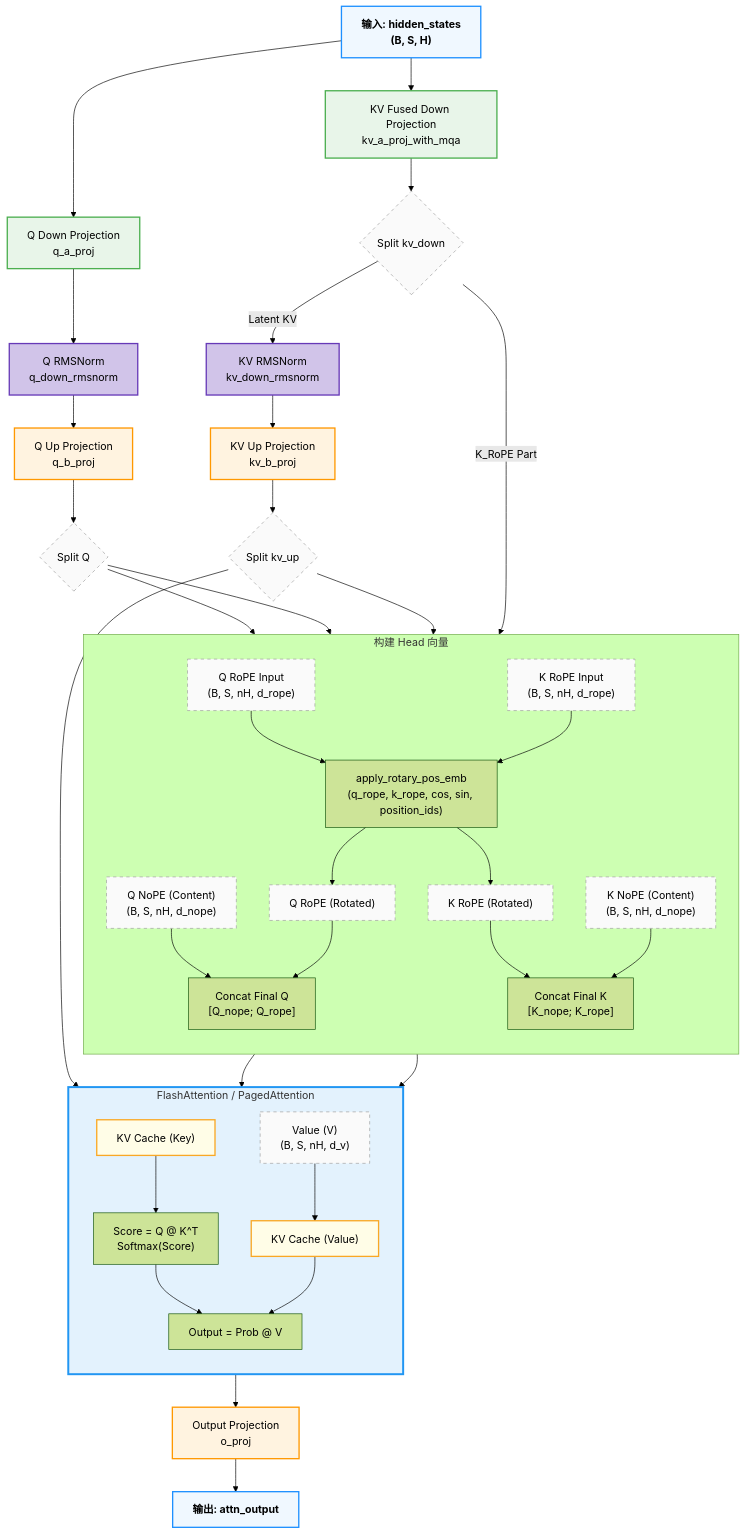
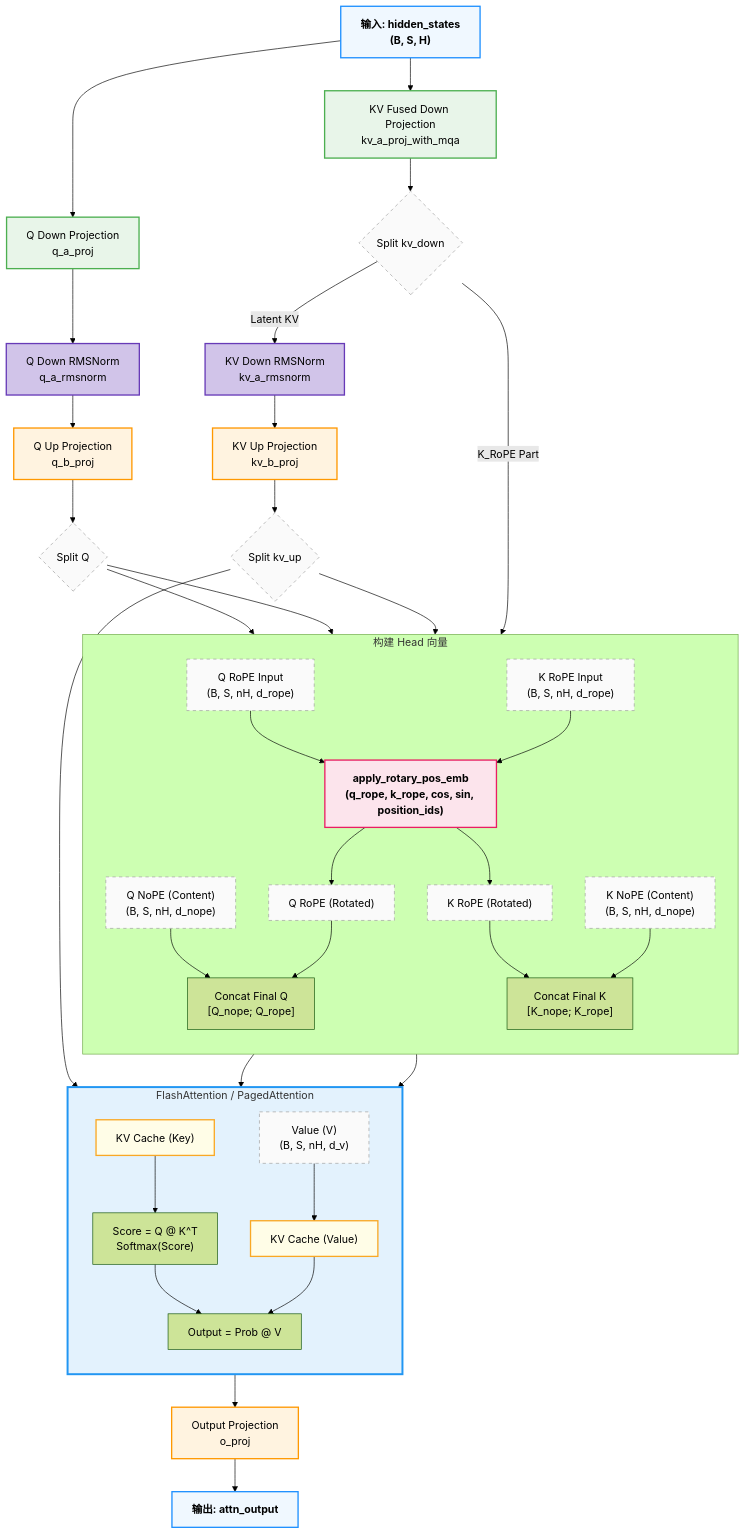
One commit to harleyszhang/harleyszhang.github.io changed the diagram in _posts/2025-02-10-mla-code.md. Above: the diagram before and after it, drawn with Mermaid (forest theme). The commit also changed other lines of this file, not shown here.

Commit message:
fix: optimize transformers mla diagram

````diff
--- a/_posts/2025-02-10-mla-code.md
+++ b/_posts/2025-02-10-mla-code.md
@@ -264,17 +264,16 @@
   classDef rope fill:#fce4ec,stroke:#e91e63,stroke-width:2px,font-weight:bold;
   classDef attnBlock fill:#e3f2fd,stroke:#2196f3,stroke-width:3px;
   classDef cache fill:#fffde7,stroke:#f9a825,stroke-width:2px;
-
   %% =========================
   %% 0. 输入
   %% =========================
   Start["输入: hidden_states<br/>(B, S, H)"]
 
   %% =========================
-  %% 1. Q 分支 (Down -> Norm -> Up)
+  %% 1. Q 分支 (Down -> Norm -> Up -> Split)
   %% =========================
   Start --> QDown["Q Down Projection<br/>q_a_proj"]
-  QDown --> QNorm["Q RMSNorm<br/>q_down_rmsnorm"]
+  QDown --> QNorm["Q Down RMSNorm<br/>q_a_rmsnorm"]
   QNorm --> QUp["Q Up Projection<br/>q_b_proj"]
   
   %% Q Split: Up 之后分离 Pe (NoPE) 和 RoPE
@@ -283,50 +282,50 @@
   SplitQ --> QRotRaw["Q RoPE Input<br/>(B, S, nH, d_rope)"]
 
   %% =========================
-  %% 2. KV 分支 (Fused Down -> Split)
+  %% 2. KV 分支 (Fused Down -> Split -> Norm -> Up -> Split)
   %% =========================
-  %% 关键修正：kv_down_proj 同时产生 Latent KV 和 K_RoPE
+  %% Step 1: Fused Down
   Start --> KVDown["KV Fused Down Projection<br/>kv_a_proj_with_mqa"]
   
-  %% Split 发生在 Norm 之前
+  %% Step 2: Split Down Output (分离 Latent KV 和 K_RoPE)
   KVDown --> SplitKVDown{"Split kv_down"}
   
-  %% 路径 A: Latent KV -> Norm -> Up (生成 K_NoPE 和 V)
-  SplitKVDown -->|Latent KV| KVNorm["KV RMSNorm<br/>kv_down_rmsnorm"]
+  %% 路径 A: Latent KV -> Norm -> Up -> (K_NoPE + V)
+  SplitKVDown -->|Latent KV| KVNorm["KV Down RMSNorm<br/>kv_a_rmsnorm"]
   KVNorm --> KVUp["KV Up Projection<br/>kv_b_proj"]
-
+  
   %% KV Up 输出需要再次 Split 为 K_NoPE 和 V
   KVUp --> SplitKVUp{"Split kv_up"}
   SplitKVUp --> KNope["K NoPE (Content)<br/>(B, S, nH, d_nope)"]
   SplitKVUp --> Val["Value (V)<br/>(B, S, nH, d_v)"]
 
-  %% 路径 B: K_RoPE (直接旁路，不经过 Latent Norm/Up)
+  %% 路径 B: K_RoPE (直接旁路)
   SplitKVDown -->|K_RoPE Part| KRotRaw["K RoPE Input<br/>(B, S, nH, d_rope)"]
 
   %% =========================
-  %% 4. 最终合并 (Concat)
+  %% 3. RoPE 计算与 Head 拼接
   %% =========================
   subgraph Concat_Logic ["构建 Head 向量"]
     direction TB
-    %% =========================
-    %% 3. RoPE 计算
-    %% =========================
+    
+    %% RoPE 计算
     QRotRaw --> ApplyRoPE["apply_rotary_pos_emb\n(q_rope, k_rope, cos, sin, position_ids)"]
     KRotRaw --> ApplyRoPE
-
     ApplyRoPE --> QRot["Q RoPE (Rotated)"]
     ApplyRoPE --> KRot["K RoPE (Rotated)"]
 
+    %% 拼接 Q
     QNope --> MergeQ["Concat Final Q<br/>[Q_nope; Q_rope]"]
     QRot --> MergeQ
     
-    KRot --> MergeK
+    %% 拼接 K
+		KRot --> MergeK
     KNope --> MergeK["Concat Final K<br/>[K_nope; K_rope]"]
-
+    
   end
 
   %% =========================
-  %% 5. Self-Attention 核心 (框出)
+  %% 4. Self-Attention 核心
   %% =========================
   subgraph Attn_Core ["FlashAttention / PagedAttention"]
     direction TB
@@ -339,11 +338,10 @@
     KCache --> AttnOp["Score = Q @ K^T<br/>Softmax(Score)"]
     AttnOp --> AttnWeighted["Output = Prob @ V"]
     VCache --> AttnWeighted
-
   end
 
   %% =========================
-  %% 6. 输出
+  %% 5. 输出
   %% =========================
   AttnWeighted --> OProj["Output Projection<br/>o_proj"]
   OProj --> End["输出: attn_output"]
@@ -356,7 +354,7 @@
   class QNorm,KVNorm normNode;
   class QUp,KVUp,OProj upProj;
   class SplitQ,SplitKVDown,SplitKVUp,QNope,KNope,Val,QRotRaw,KRotRaw,QRot,KRot splitNode;
-  class ApplyRoPE_Q,ApplyRoPE_K rope;
+  class ApplyRoPE rope;
   class Attn_Core attnBlock;
   class KCache,VCache cache;
 ```
````
